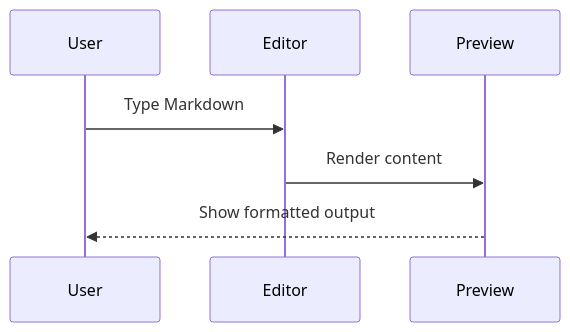
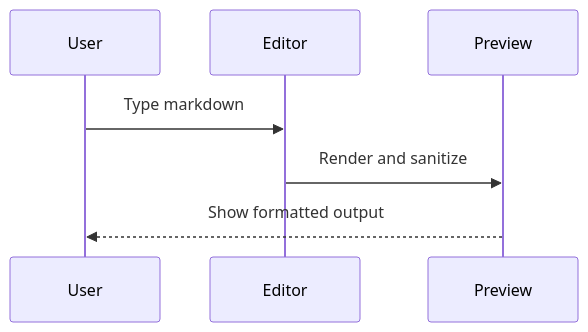
Before and after one commit to wanforge/markdown-live: the second of 2 diagrams in public/sample.md, drawn with Mermaid. The commit also changed other lines of this file and 1 other file, not shown here.

Commit message:
refactor: update README and sample markdown for clarity and improved structure

````diff
--- a/public/sample.md
+++ b/public/sample.md
@@ -121,9 +117,9 @@
 ```mermaid
 sequenceDiagram
-        participant U as User
-        participant E as Editor
-        participant P as Preview
-        U->>E: Type Markdown
-        E->>P: Render content
-        P-->>U: Show formatted output
+    participant U as User
+    participant E as Editor
+    participant P as Preview
+    U->>E: Type markdown
+    E->>P: Render and sanitize
+    P-->>U: Show formatted output
 ```
````
